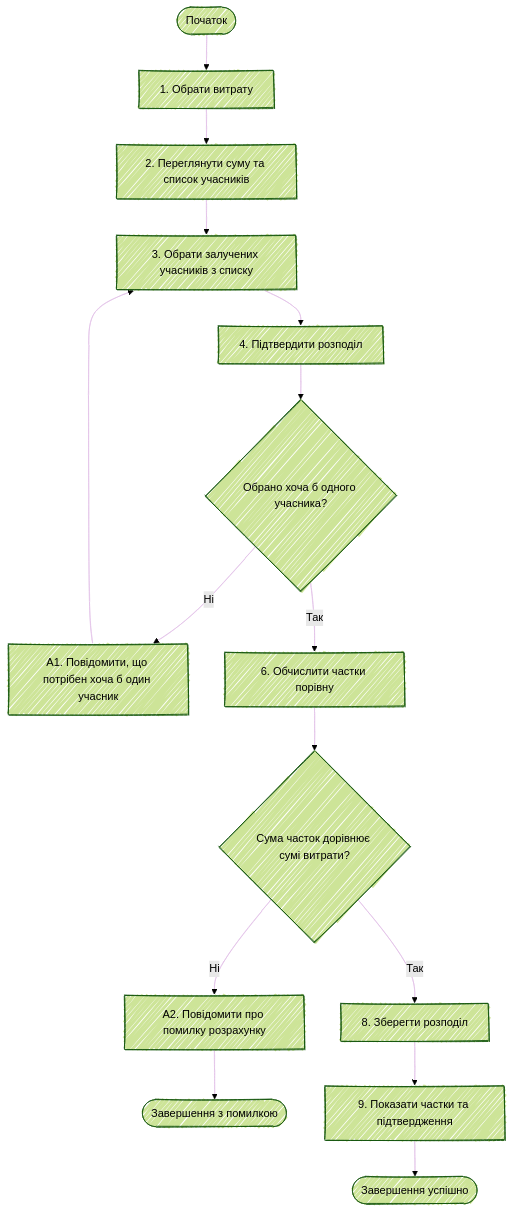
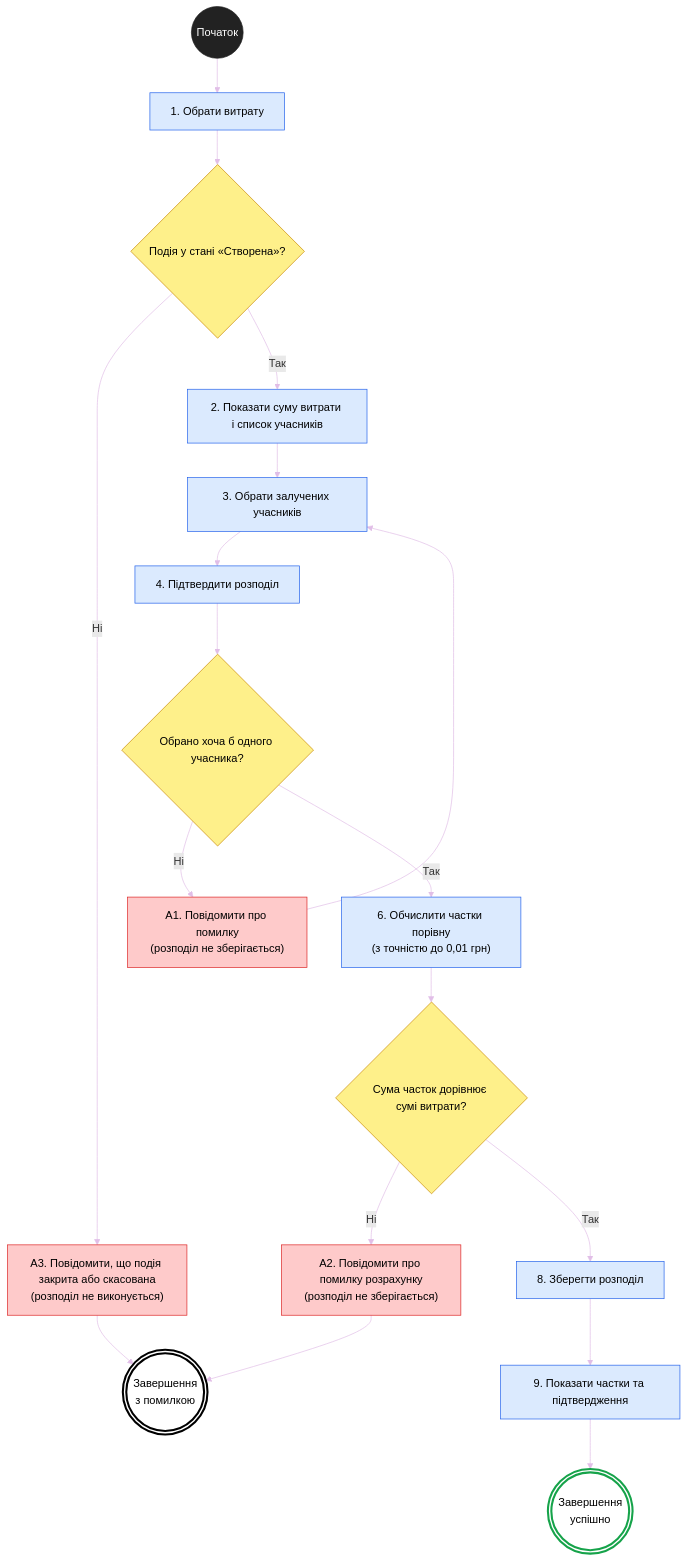
One commit to Fidloc/Group1_TR_43 changed the diagram in model/activity-uc-09.md. Above: the diagram before and after it, drawn with Mermaid. The commit also changed other lines of this file, not shown here.

Commit message:
Update activity diagram for UC-09 with new flow

````diff
--- a/model/activity-uc-09.md
+++ b/model/activity-uc-09.md
@@ -3,40 +3,60 @@
 ```mermaid
----
-config:
-  theme: forest
-  fontFamily: "'Merriweather Variable', serif"
-  themeVariables:
-    fontFamily: "'Merriweather Variable', serif"
-  look: handDrawn
----
 flowchart TB
-    A(["Початок"]) --> B["1. Обрати витрату"]
-    B --> C["2. Переглянути суму та список учасників"]
-    C --> D["3. Обрати залучених учасників з списку"]
-    D --> E["4. Підтвердити розподіл"]
-    E --> F{"Обрано хоча б одного учасника?"}
-    F -- Ні --> G["A1. Повідомити, що потрібен хоча б один учасник"]
-    G --> D
-    F -- Так --> H["6. Обчислити частки порівну"]
-    H --> I{"Сума часток дорівнює сумі витрати?"}
-    I -- Ні --> J["A2. Повідомити про помилку розрахунку"]
-    J --> K(["Завершення з помилкою"])
-    I -- Так --> L["8. Зберегти розподіл"]
-    L --> M["9. Показати частки та підтвердження"]
-    M --> N(["Завершення успішно"])
+    A(("Початок")) --> B["1. Обрати витрату"]
+    B --> S{"Подія у стані «Створена»?"}
+    S -- Ні --> A3["A3. Повідомити, що подія закрита або скасована<br>(розподіл не виконується)"]
+    A3 --> K((("Завершення<br>з помилкою")))
+    S -- Так --> C["2. Показати суму витрати і список учасників"]
+    C --> D["3. Обрати залучених учасників"]
+    D --> E["4. Підтвердити розподіл"]
+    E --> F{"Обрано хоча б одного учасника?"}
+    F -- Ні --> G["A1. Повідомити про помилку<br>(розподіл не зберігається)"]
+    G --> D
+    F -- Так --> H["6. Обчислити частки порівну<br>(з точністю до 0,01 грн)"]
+    H --> I{"Сума часток дорівнює сумі витрати?"}
+    I -- Ні --> J["A2. Повідомити про помилку розрахунку<br>(розподіл не зберігається)"]
+    J --> K
+    I -- Так --> L["8. Зберегти розподіл"]
+    L --> M["9. Показати частки та підтвердження"]
+    M --> N((("Завершення<br>успішно")))
 
-    linkStyle 0 stroke:#E1BEE7,fill:none
-    linkStyle 1 stroke:#E1BEE7,fill:none
-    linkStyle 2 stroke:#E1BEE7,fill:none
-    linkStyle 3 stroke:#E1BEE7,fill:none
-    linkStyle 4 stroke:#E1BEE7
-    linkStyle 5 stroke:#E1BEE7,fill:none
-    linkStyle 6 stroke:#E1BEE7,fill:none
-    linkStyle 7 stroke:#E1BEE7,fill:none
-    linkStyle 8 stroke:#E1BEE7,fill:none
-    linkStyle 9 stroke:#E1BEE7,fill:none
-    linkStyle 10 stroke:#E1BEE7,fill:none
-    linkStyle 11 stroke:#E1BEE7,fill:none
-    linkStyle 12 stroke:#E1BEE7,fill:none
-    linkStyle 13 stroke:#E1BEE7,fill:none
+     A:::startNode
+     B:::action
+     S:::decision
+     A3:::error
+     K:::endErr
+     C:::action
+     D:::action
+     E:::action
+     F:::decision
+     G:::error
+     H:::action
+     I:::decision
+     J:::error
+     L:::action
+     M:::action
+     N:::endOk
+    classDef action fill:#dbeafe,stroke:#2563eb,color:#000
+    classDef decision fill:#fef08a,stroke:#ca8a04,color:#000
+    classDef error fill:#fecaca,stroke:#dc2626,color:#000
+    classDef startNode fill:#222,stroke:#222,color:#fff
+    classDef endErr fill:#fff,stroke:#000,stroke-width:3px,color:#000
+    classDef endOk fill:#fff,stroke:#16a34a,stroke-width:3px,color:#000
+    linkStyle 0 stroke:#E1BEE7,fill:none
+    linkStyle 1 stroke:#E1BEE7,fill:none
+    linkStyle 2 stroke:#E1BEE7,fill:none
+    linkStyle 3 stroke:#E1BEE7,fill:none
+    linkStyle 4 stroke:#E1BEE7,fill:none
+    linkStyle 5 stroke:#E1BEE7,fill:none
+    linkStyle 6 stroke:#E1BEE7,fill:none
+    linkStyle 7 stroke:#E1BEE7,fill:none
+    linkStyle 8 stroke:#E1BEE7,fill:none
+    linkStyle 9 stroke:#E1BEE7,fill:none
+    linkStyle 10 stroke:#E1BEE7,fill:none
+    linkStyle 11 stroke:#E1BEE7,fill:none
+    linkStyle 12 stroke:#E1BEE7,fill:none
+    linkStyle 13 stroke:#E1BEE7,fill:none
+    linkStyle 14 stroke:#E1BEE7,fill:none
+    linkStyle 15 stroke:#E1BEE7,fill:none
+    linkStyle 16 stroke:#E1BEE7
 ```
````
